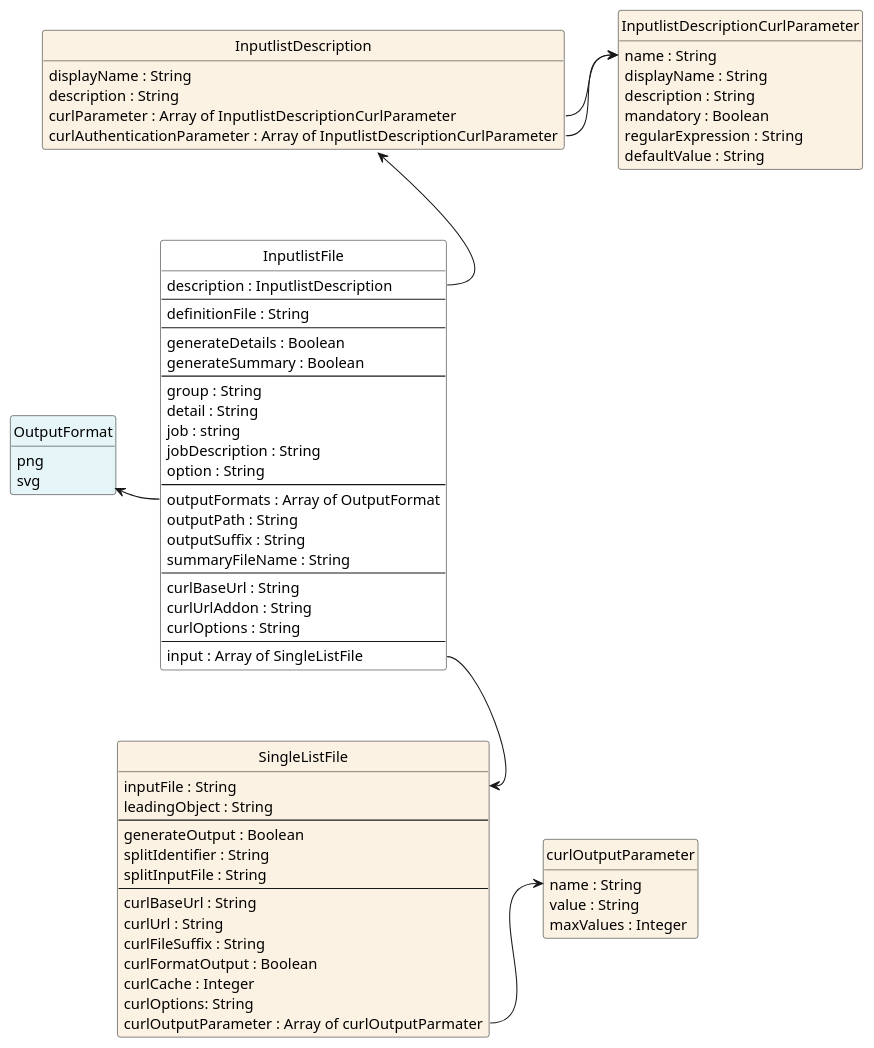
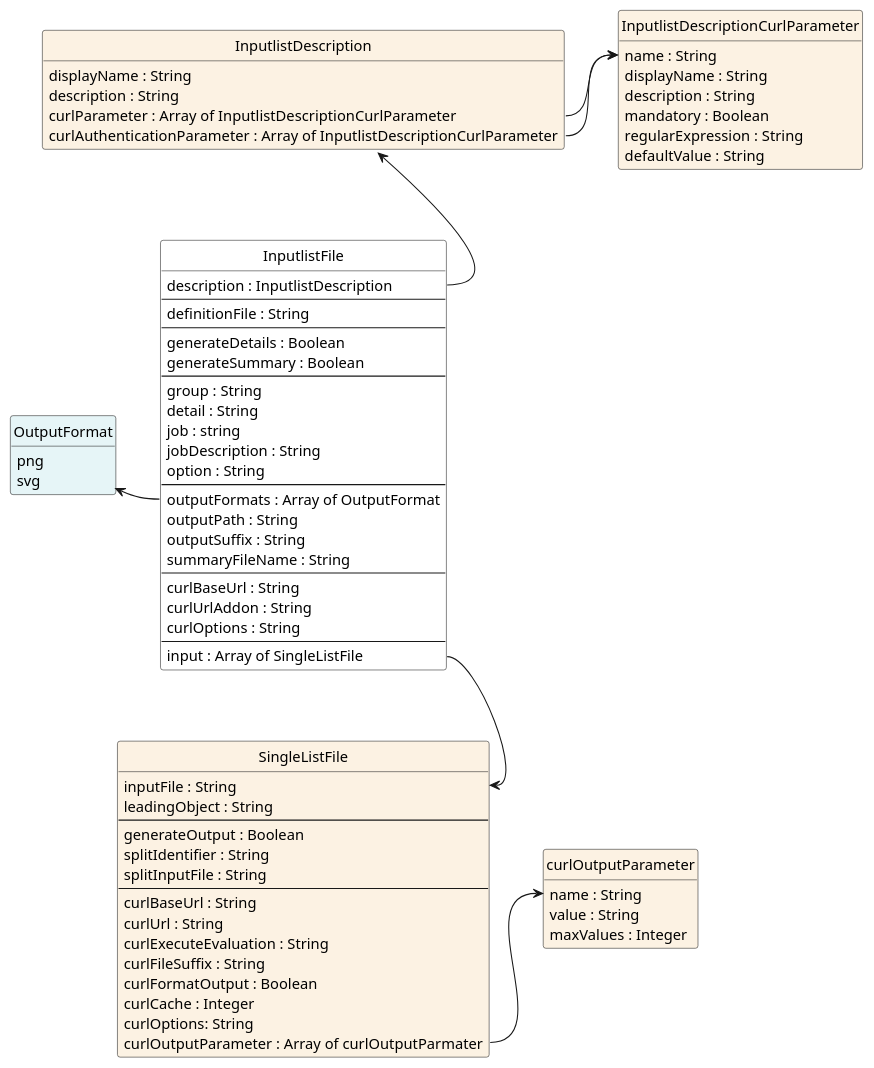
Before and after one commit to jfudickar/json2puml: the diagram in documentation/models/listfile/listfile.puml, drawn with PlantUML. The commit also changed 4 other files, not shown here.

```diff
--- a/documentation/models/listfile/listfile.puml
+++ b/documentation/models/listfile/listfile.puml
@@ -1,91 +1,92 @@
 @startuml
 hide circle
 hide methods
 hide stereotype
 'skinparam linetype polyline
 show <<Enumeration>> stereotype
 skinparam class {
    BackgroundColor<<Enumeration>> #E6F5F7
    BackgroundColor<<Ref>> #FFFFE0
    BackgroundColor<<Pivot>> #FFFFFFF
    BackgroundColor #FCF2E3
 }
 
 class OutputFormat <<Enumeration>> {
     png
     svg
 }
 
 class InputlistDescription {
     displayName : String
     description : String
     curlParameter : Array of InputlistDescriptionCurlParameter
     curlAuthenticationParameter : Array of InputlistDescriptionCurlParameter
 }
 
 class InputlistDescriptionCurlParameter {
     name : String
     displayName : String
     description : String
     mandatory : Boolean
     regularExpression : String
     defaultValue : String
 }
 
 class InputlistFile  <<Pivot>> {
   description : InputlistDescription
   --
   definitionFile : String
   --
   generateDetails : Boolean 
   generateSummary : Boolean
   --
   group : String
   detail : String
   job : string
   jobDescription : String
   option : String
   --
   outputFormats : Array of OutputFormat 
   outputPath : String
   outputSuffix : String
   summaryFileName : String
   --
   curlBaseUrl : String
   curlUrlAddon : String 
   curlOptions : String
   --
   input : Array of SingleListFile
 }
 
 class curlOutputParameter {
     name : String
     value : String
     maxValues : Integer
 }
 
 class SingleListFile {
     inputFile : String
     leadingObject : String
     ---
 	generateOutput : Boolean
     splitIdentifier : String
     splitInputFile : String
     ---
     curlBaseUrl : String
     curlUrl : String
+    curlExecuteEvaluation : String
     curlFileSuffix : String
     curlFormatOutput : Boolean
 	curlCache : Integer
     curlOptions: String
 	curlOutputParameter : Array of curlOutputParmater
 }
 
 InputlistFile::input --> SingleListFile::inputFile
 InputlistFile::outputFormats -left-> OutputFormat
 InputlistFile::description -up-> InputlistDescription
 InputlistDescription::curlParameter -right-> InputlistDescriptionCurlParameter::name
 InputlistDescription::curlAuthenticationParameter -right-> InputlistDescriptionCurlParameter::name
 SingleListFile::curlOutputParameter -right-> curlOutputParameter::name
 
 @enduml
```
